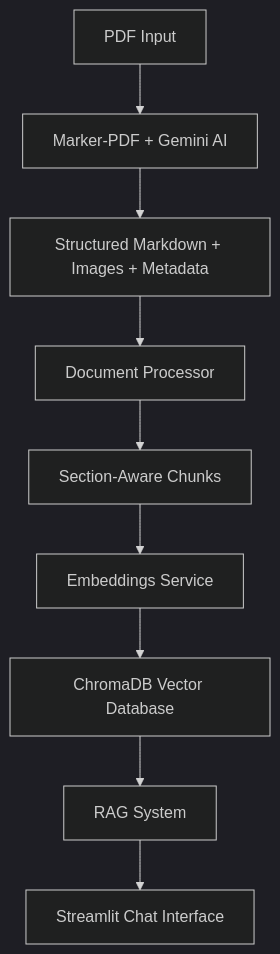
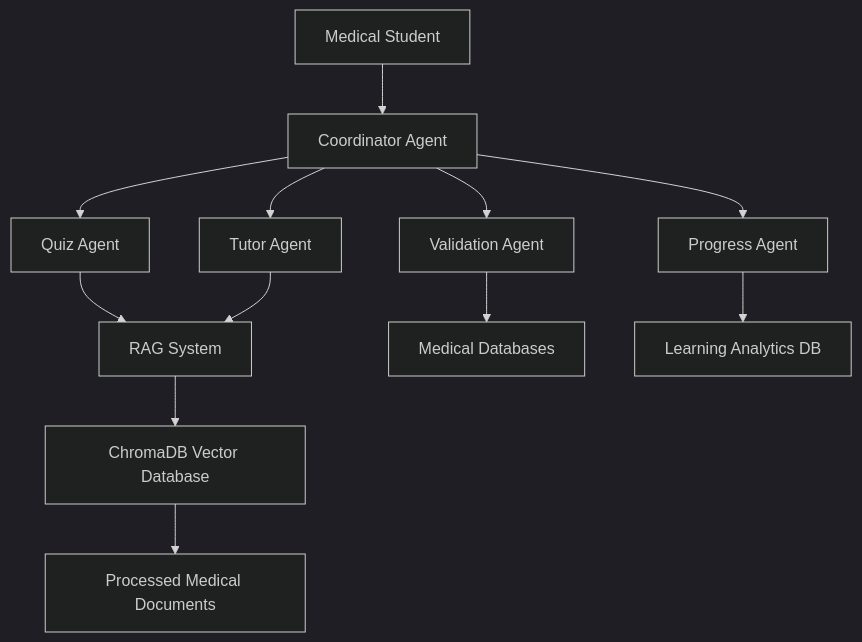
The diagram in README.md (keentechcodes/MedMind), drawn with Mermaid (dark theme) before and after one commit. The commit also changed other lines of this file and 21 other files, not shown here.

````diff
--- a/README.md
+++ b/README.md
@@ -25,11 +26,16 @@
 ```mermaid
 graph TD
-    A[PDF Input] --> B[Marker-PDF + Gemini AI]
-    B --> C[Structured Markdown + Images + Metadata]
-    C --> D[Document Processor]
-    D --> E[Section-Aware Chunks]
-    E --> F[Embeddings Service]
-    F --> G[ChromaDB Vector Database]
-    G --> H[RAG System]
-    H --> I[Streamlit Chat Interface]
+    User[Medical Student] --> Coordinator[Coordinator Agent]
+    Coordinator --> Quiz[Quiz Agent]
+    Coordinator --> Progress[Progress Agent] 
+    Coordinator --> Tutor[Tutor Agent]
+    Coordinator --> Validation[Validation Agent]
+    
+    Quiz --> RAG[RAG System]
+    Tutor --> RAG
+    Validation --> Medical_DB[Medical Databases]
+    Progress --> Learning_DB[Learning Analytics DB]
+    
+    RAG --> Vector[ChromaDB Vector Database]
+    Vector --> Docs[Processed Medical Documents]
 ```
````
